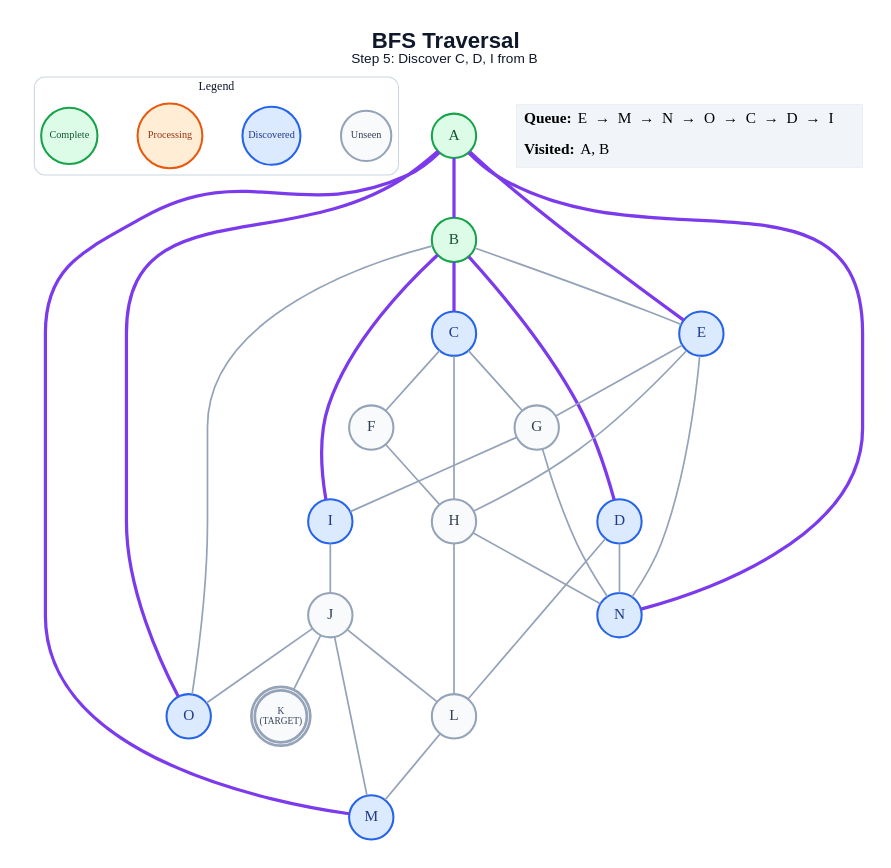
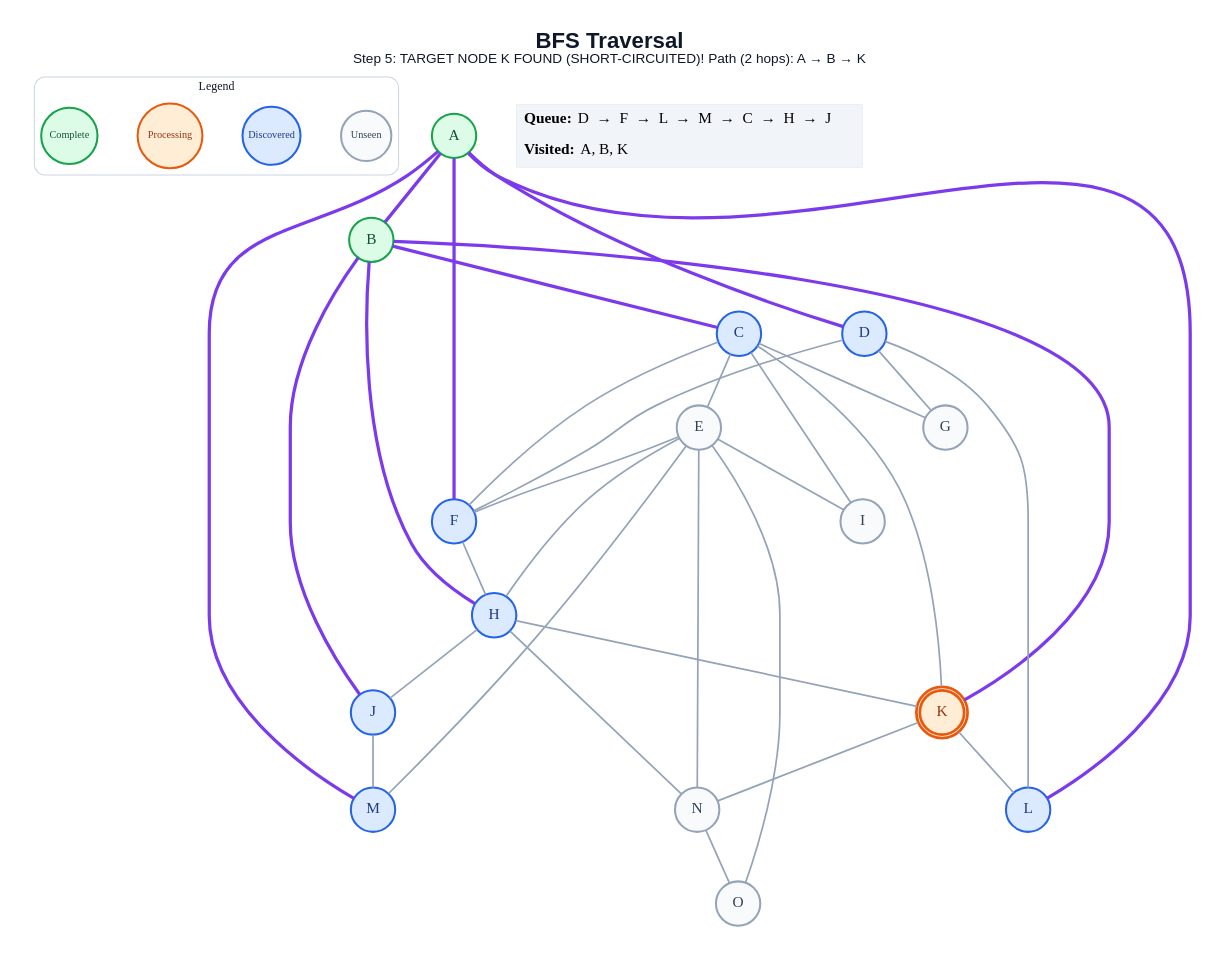
Before and after one commit to anon7238593-create/ai-slop: the diagram in generated/short-circuit/bfs/step_05.dot, drawn with Graphviz. The commit also changed 329 other files, not shown here.

```diff
--- a/generated/short-circuit/bfs/step_05.dot
+++ b/generated/short-circuit/bfs/step_05.dot
@@ -1,63 +1,65 @@
 graph traversal {
   graph [layout=dot, rankdir=TB, bgcolor="#FFFFFF", pad="0.35", nodesep="0.65", ranksep="0.8", fontname="Arial"];
   node [shape=circle, style="filled", fontname="Arial Bold", fontsize=18, width=0.72, fixedsize=true, penwidth=2.4];
   edge [color="#94A3B8", penwidth=2.0];
-  label=<<B>BFS Traversal</B><BR/><FONT POINT-SIZE="16">Step 5: Discover C, D, I from B</FONT>>; labelloc="t"; fontsize=26; fontname="Arial"; fontcolor="#0F172A";
+  label=<<B>BFS Traversal</B><BR/><FONT POINT-SIZE="16">Step 5: TARGET NODE K FOUND (SHORT-CIRCUITED)! Path (2 hops): A → B → K</FONT>>; labelloc="t"; fontsize=26; fontname="Arial"; fontcolor="#0F172A";
   subgraph cluster_legend { label="Legend"; color="#CBD5E1"; penwidth=1.2; style="rounded"; fontsize=14; fontname="Arial Bold";
     key_unseen [label="Unseen", fillcolor="#F8FAFC", color="#94A3B8", fontcolor="#334155", fontsize=12, width=0.82];
     key_frontier [label="Discovered", fillcolor="#DBEAFE", color="#2563EB", fontcolor="#1E3A8A", fontsize=12, width=0.95];
     key_current [label="Processing", fillcolor="#FFEDD5", color="#EA580C", fontcolor="#9A3412", fontsize=12, width=1.05];
     key_done [label="Complete", fillcolor="#DCFCE7", color="#16A34A", fontcolor="#14532D", fontsize=12, width=0.92];
     { rank=same; key_unseen; key_frontier; key_current; key_done; }
   }
   A [label="A", fillcolor="#DCFCE7", color="#16A34A", fontcolor="#14532D", peripheries=1, penwidth=2.4];
   B [label="B", fillcolor="#DCFCE7", color="#16A34A", fontcolor="#14532D", peripheries=1, penwidth=2.4];
   C [label="C", fillcolor="#DBEAFE", color="#2563EB", fontcolor="#1E3A8A", peripheries=1, penwidth=2.4];
   D [label="D", fillcolor="#DBEAFE", color="#2563EB", fontcolor="#1E3A8A", peripheries=1, penwidth=2.4];
-  E [label="E", fillcolor="#DBEAFE", color="#2563EB", fontcolor="#1E3A8A", peripheries=1, penwidth=2.4];
-  F [label="F", fillcolor="#F8FAFC", color="#94A3B8", fontcolor="#334155", peripheries=1, penwidth=2.4];
+  E [label="E", fillcolor="#F8FAFC", color="#94A3B8", fontcolor="#334155", peripheries=1, penwidth=2.4];
+  F [label="F", fillcolor="#DBEAFE", color="#2563EB", fontcolor="#1E3A8A", peripheries=1, penwidth=2.4];
   G [label="G", fillcolor="#F8FAFC", color="#94A3B8", fontcolor="#334155", peripheries=1, penwidth=2.4];
-  H [label="H", fillcolor="#F8FAFC", color="#94A3B8", fontcolor="#334155", peripheries=1, penwidth=2.4];
-  I [label="I", fillcolor="#DBEAFE", color="#2563EB", fontcolor="#1E3A8A", peripheries=1, penwidth=2.4];
-  J [label="J", fillcolor="#F8FAFC", color="#94A3B8", fontcolor="#334155", peripheries=1, penwidth=2.4];
-  K [label="K\n(TARGET)", fillcolor="#F8FAFC", color="#94A3B8", fontcolor="#334155", peripheries=2, penwidth=3.2, fontsize=11, width=0.85, height=0.85];
-  L [label="L", fillcolor="#F8FAFC", color="#94A3B8", fontcolor="#334155", peripheries=1, penwidth=2.4];
+  H [label="H", fillcolor="#DBEAFE", color="#2563EB", fontcolor="#1E3A8A", peripheries=1, penwidth=2.4];
+  I [label="I", fillcolor="#F8FAFC", color="#94A3B8", fontcolor="#334155", peripheries=1, penwidth=2.4];
+  J [label="J", fillcolor="#DBEAFE", color="#2563EB", fontcolor="#1E3A8A", peripheries=1, penwidth=2.4];
+  K [label="K", fillcolor="#FFEDD5", color="#EA580C", fontcolor="#9A3412", peripheries=2, penwidth=3.2];
+  L [label="L", fillcolor="#DBEAFE", color="#2563EB", fontcolor="#1E3A8A", peripheries=1, penwidth=2.4];
   M [label="M", fillcolor="#DBEAFE", color="#2563EB", fontcolor="#1E3A8A", peripheries=1, penwidth=2.4];
-  N [label="N", fillcolor="#DBEAFE", color="#2563EB", fontcolor="#1E3A8A", peripheries=1, penwidth=2.4];
-  O [label="O", fillcolor="#DBEAFE", color="#2563EB", fontcolor="#1E3A8A", peripheries=1, penwidth=2.4];
+  N [label="N", fillcolor="#F8FAFC", color="#94A3B8", fontcolor="#334155", peripheries=1, penwidth=2.4];
+  O [label="O", fillcolor="#F8FAFC", color="#94A3B8", fontcolor="#334155", peripheries=1, penwidth=2.4];
   A -- B [color="#7C3AED", penwidth=3.8];
-  A -- E [color="#7C3AED", penwidth=3.8];
+  A -- D [color="#7C3AED", penwidth=3.8];
+  A -- F [color="#7C3AED", penwidth=3.8];
+  A -- L [color="#7C3AED", penwidth=3.8];
   A -- M [color="#7C3AED", penwidth=3.8];
-  A -- N [color="#7C3AED", penwidth=3.8];
-  A -- O [color="#7C3AED", penwidth=3.8];
   B -- C [color="#7C3AED", penwidth=3.8];
-  B -- D [color="#7C3AED", penwidth=3.8];
-  B -- E;
-  B -- I [color="#7C3AED", penwidth=3.8];
-  B -- O;
+  B -- H [color="#7C3AED", penwidth=3.8];
+  B -- J [color="#7C3AED", penwidth=3.8];
+  B -- K [color="#7C3AED", penwidth=3.8];
+  C -- E;
   C -- F;
   C -- G;
-  C -- H;
+  C -- I;
+  C -- K;
+  D -- F;
+  D -- G;
   D -- L;
-  D -- N;
-  E -- G;
+  E -- F;
   E -- H;
+  E -- I;
+  E -- M;
   E -- N;
+  E -- O;
   F -- H;
-  G -- I;
-  G -- N;
-  H -- L;
+  H -- J;
+  H -- K;
   H -- N;
-  I -- J;
-  J -- K;
-  J -- L;
   J -- M;
-  J -- O;
-  L -- M;
+  K -- L;
+  K -- N;
+  N -- O;
   status [shape=plain, fixedsize=false, width=0, height=0, margin=0, label=<
     <TABLE BORDER="0" CELLBORDER="0" CELLPADDING="7" BGCOLOR="#F1F5F9">
-      <TR><TD ALIGN="LEFT"><B>Queue:</B> E  →  M  →  N  →  O  →  C  →  D  →  I</TD></TR>
-      <TR><TD ALIGN="LEFT"><B>Visited:</B> A, B</TD></TR>
+      <TR><TD ALIGN="LEFT"><B>Queue:</B> D  →  F  →  L  →  M  →  C  →  H  →  J</TD></TR>
+      <TR><TD ALIGN="LEFT"><B>Visited:</B> A, B, K</TD></TR>
     </TABLE>
   >];
 }
```
